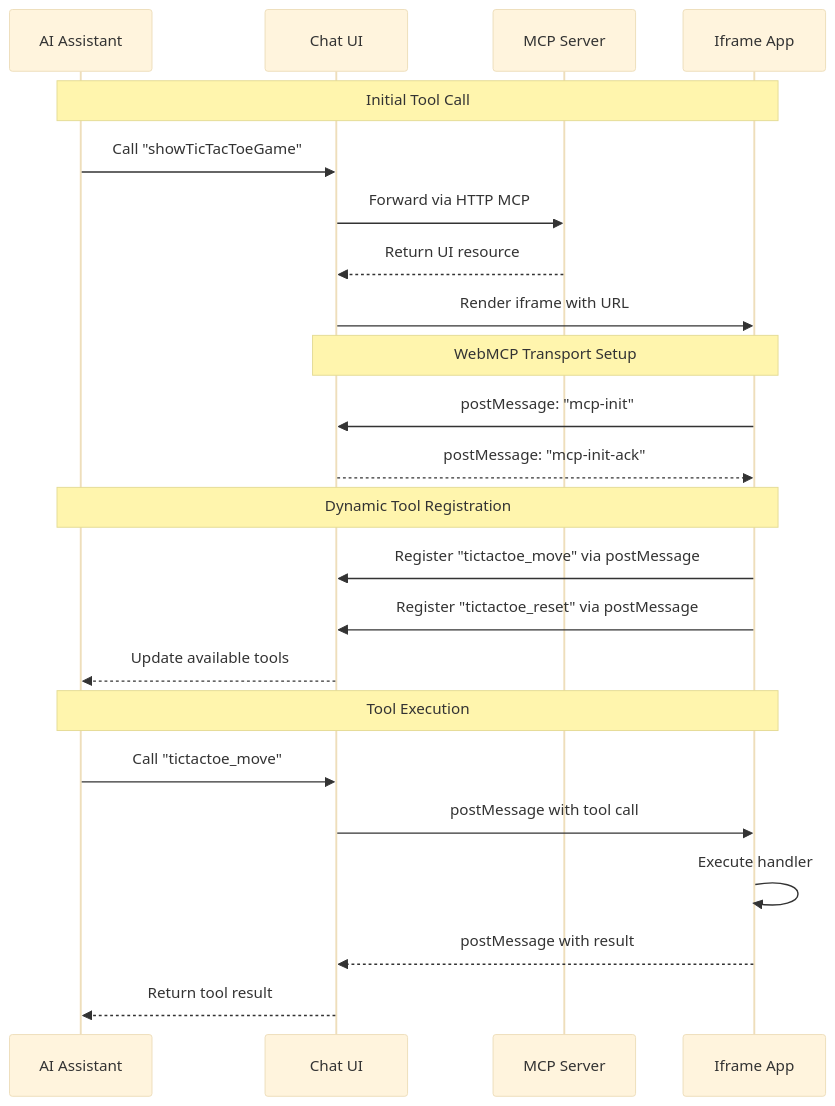
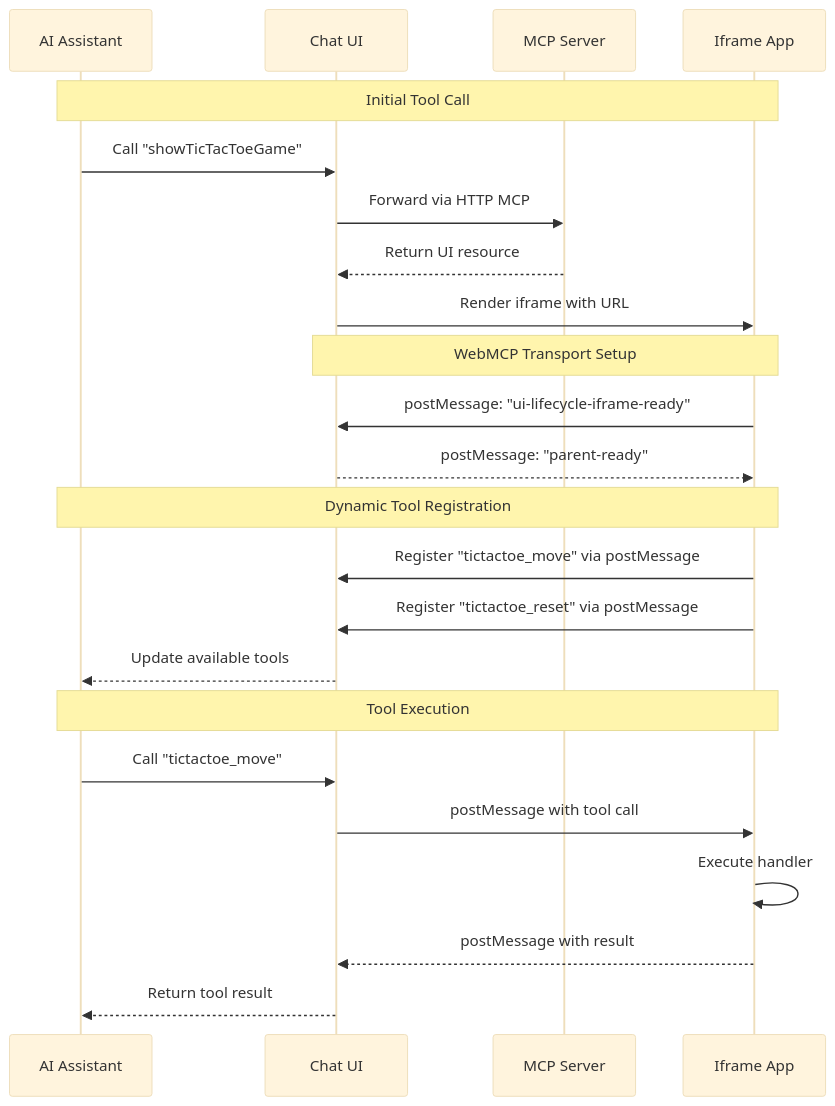
Diagram 14 of 14 in concepts.mdx (WebMCP-org/docs), drawn with Mermaid (base theme) before and after one commit. The commit also changed other lines of this file, not shown here.

First line of the commit message:
fix(concepts): correct MCP UI + WebMCP API examples and package names

````diff
--- a/concepts.mdx
+++ b/concepts.mdx
@@ -609,29 +616,29 @@
 ```mermaid
 sequenceDiagram
     participant A as AI Assistant
     participant C as Chat UI
     participant M as MCP Server
     participant I as Iframe App
 
     Note over A,I: Initial Tool Call
     A->>C: Call "showTicTacToeGame"
     C->>M: Forward via HTTP MCP
     M-->>C: Return UI resource
     C->>I: Render iframe with URL
 
     Note over C,I: WebMCP Transport Setup
-    I->>C: postMessage: "mcp-init"
-    C-->>I: postMessage: "mcp-init-ack"
+    I->>C: postMessage: "ui-lifecycle-iframe-ready"
+    C-->>I: postMessage: "parent-ready"
 
     Note over I,A: Dynamic Tool Registration
     I->>C: Register "tictactoe_move" via postMessage
     I->>C: Register "tictactoe_reset" via postMessage
     C-->>A: Update available tools
 
     Note over A,I: Tool Execution
     A->>C: Call "tictactoe_move"
     C->>I: postMessage with tool call
     I->>I: Execute handler
     I-->>C: postMessage with result
     C-->>A: Return tool result
 ```
````
